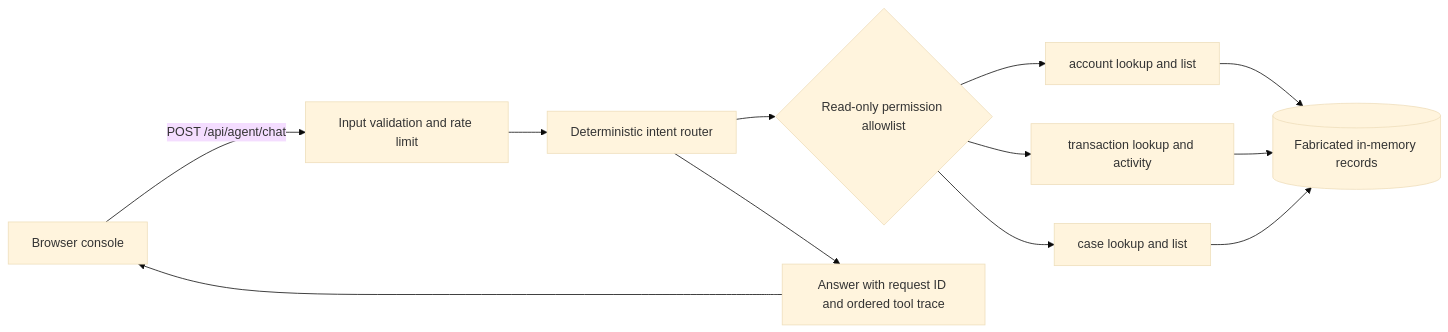
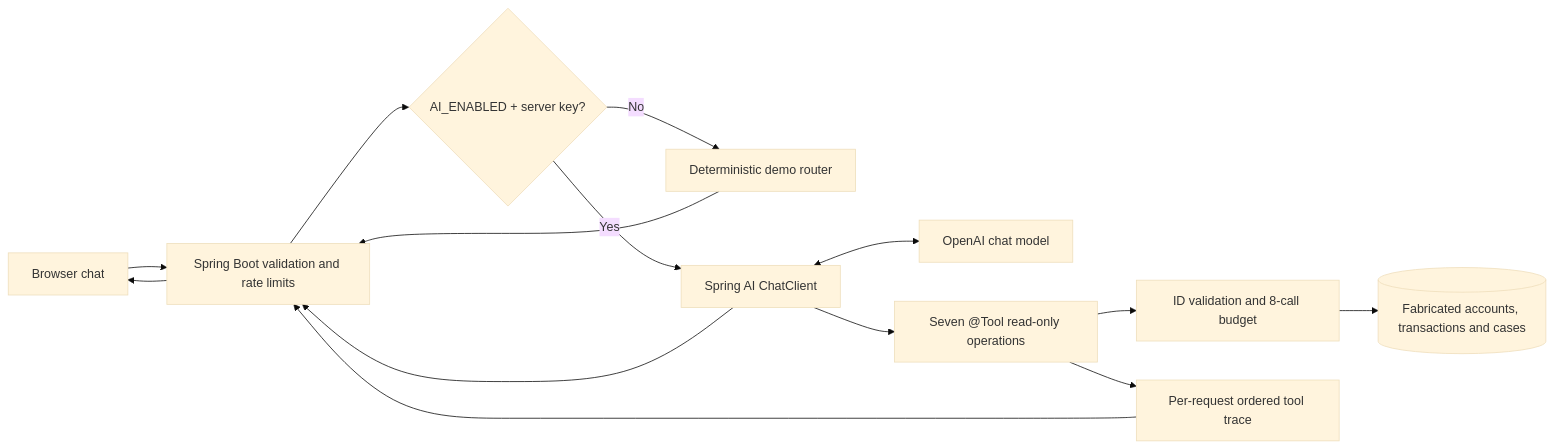
Before and after one commit to raghavbobal1/banking-operations-agent: the diagram in architecture.md, drawn with Mermaid (base theme). The commit also changed other lines of this file and 12 other files, not shown here.

First line of the commit message:
Add Spring AI model-driven banking tool investigations

````diff
--- a/architecture.md
+++ b/architecture.md
@@ -3,14 +3,16 @@
 ```mermaid
 flowchart LR
-  B[Browser console] -->|POST /api/agent/chat| V[Input validation and rate limit]
-  V --> R[Deterministic intent router]
-  R --> P{Read-only permission allowlist}
-  P --> A[account lookup and list]
-  P --> T[transaction lookup and activity]
-  P --> C[case lookup and list]
-  A --> D[(Fabricated in-memory records)]
-  T --> D
-  C --> D
-  R --> X[Answer with request ID and ordered tool trace]
-  X --> B
+    UI[Browser chat] --> API[Spring Boot validation and rate limits]
+    API --> G{AI_ENABLED + server key?}
+    G -->|No| D[Deterministic demo router]
+    G -->|Yes| L[Spring AI ChatClient]
+    L <--> M[OpenAI chat model]
+    L --> T[Seven @Tool read-only operations]
+    T --> V[ID validation and 8-call budget]
+    V --> F[(Fabricated accounts, transactions and cases)]
+    T --> A[Per-request ordered tool trace]
+    D --> API
+    A --> API
+    L --> API
+    API --> UI
 ```
````
